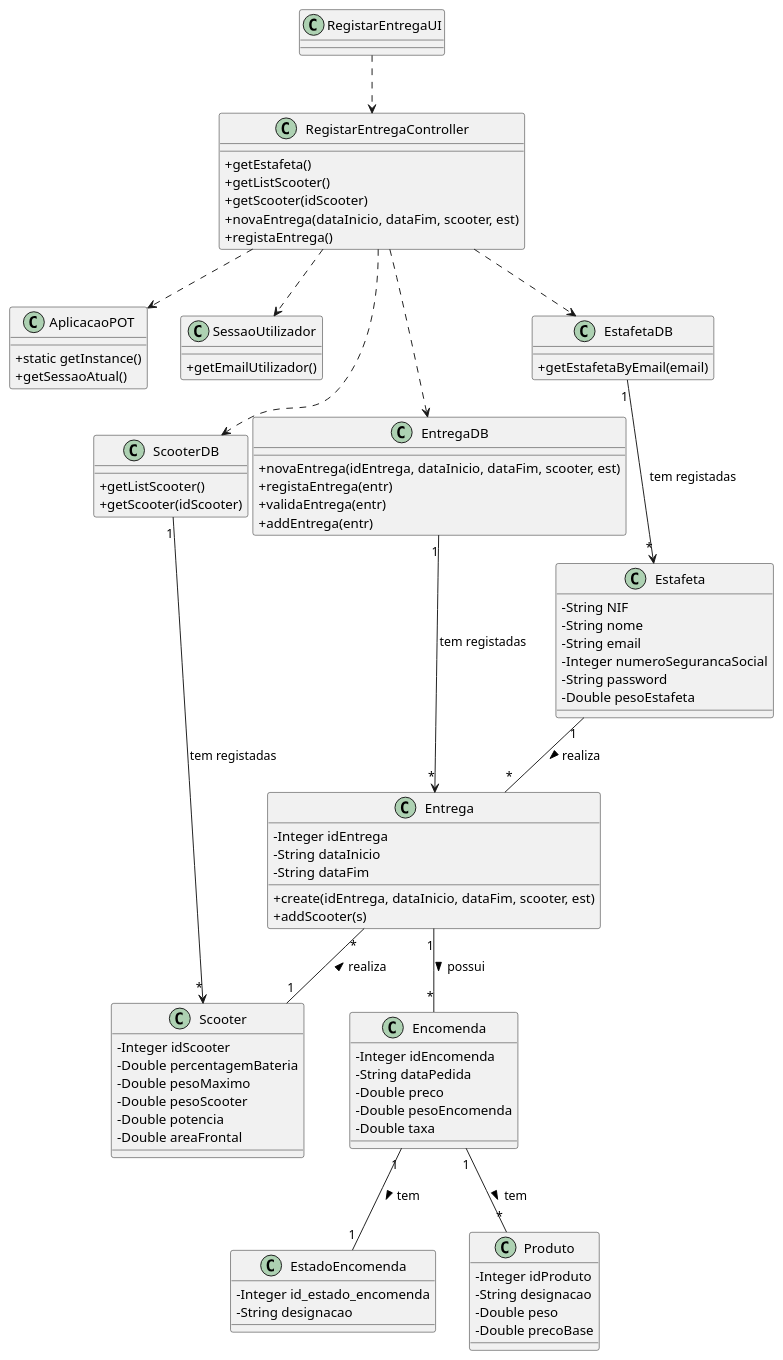
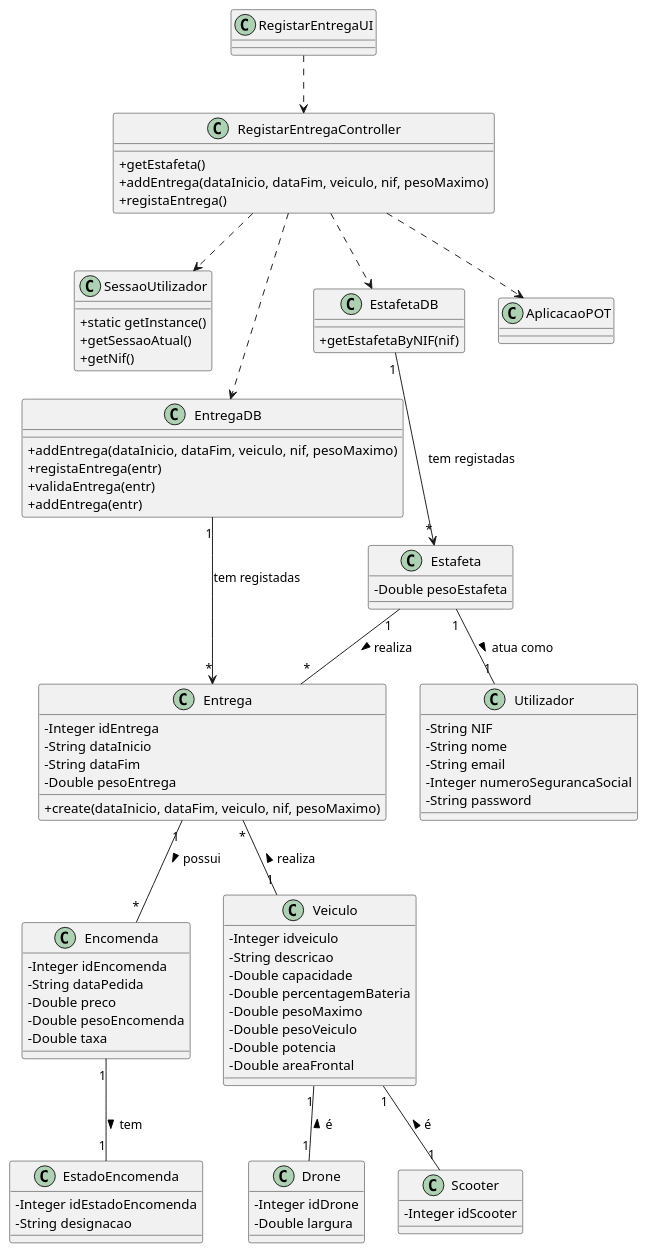
One commit to pedrolemos4/LAPR3 changed the diagram in docs/UC6/RegistoEntregaCD.puml. Above: the diagram before and after it, drawn with PlantUML. The commit also changed 15 other files, not shown here.

```diff
--- a/docs/UC6/RegistoEntregaCD.puml
+++ b/docs/UC6/RegistoEntregaCD.puml
@@ -1,104 +1,100 @@
 @startuml
 skinparam classAttributeIconSize 0
 
-class AplicacaoPOT{
+class SessaoUtilizador{
   +static getInstance()
   +getSessaoAtual()
+  +getNif()
 }
-
-class SessaoUtilizador{
-  +getEmailUtilizador()
-}
-
-class ScooterDB {
-  +getListScooter()
-  +getScooter(idScooter)
-}
-
 
 class Entrega {
   -Integer idEntrega
   -String dataInicio
   -String dataFim
-  +create(idEntrega, dataInicio, dataFim, scooter, est)
-  +addScooter(s)
+  -Double pesoEntrega
+  +create(dataInicio, dataFim, veiculo, nif, pesoMaximo)
 }
 
 class EntregaDB {
-  +novaEntrega(idEntrega, dataInicio, dataFim, scooter, est)
+  +addEntrega(dataInicio, dataFim, veiculo, nif, pesoMaximo)
   +registaEntrega(entr)
   +validaEntrega(entr)
   +addEntrega(entr)
 }
 
 class EstafetaDB {
-  +getEstafetaByEmail(email)
+  +getEstafetaByNIF(nif)
 }
 
 class RegistarEntregaController {
   +getEstafeta()
-  +getListScooter()
-  +getScooter(idScooter)
-  +novaEntrega(dataInicio, dataFim, scooter, est)
+  +addEntrega(dataInicio, dataFim, veiculo, nif, pesoMaximo)
   +registaEntrega()
 }
 
 class RegistarEntregaUI {
 }
 
 class Encomenda {
   -Integer idEncomenda
   -String dataPedida
   -Double preco
   -Double pesoEncomenda
   -Double taxa
 }
 
 class Estafeta {
+  -Double pesoEstafeta
+}
+
+class Veiculo {
+  -Integer idveiculo
+  -String descricao
+  -Double capacidade
+  -Double percentagemBateria
+  -Double pesoMaximo
+  -Double pesoVeiculo
+  -Double potencia
+  -Double areaFrontal
+}
+
+class Drone {
+  -Integer idDrone
+  -Double largura
+}
+
+class Scooter {
+  -Integer idScooter
+}
+
+class EstadoEncomenda {
+  -Integer idEstadoEncomenda
+  -String designacao
+}
+
+class Utilizador{
   -String NIF
   -String nome
   -String email
   -Integer numeroSegurancaSocial
   -String password
-  -Double pesoEstafeta
-}
-
-class Scooter {
-  -Integer idScooter
-  -Double percentagemBateria
-  -Double pesoMaximo
-  -Double pesoScooter
-  -Double potencia
-  -Double areaFrontal
-}
-
-class EstadoEncomenda {
-  -Integer id_estado_encomenda
-  -String designacao
-}
-
-class Produto {
-  -Integer idProduto
-  -String designacao
-  -Double peso
-  -Double precoBase
-}
+  }
 
 RegistarEntregaUI ..> RegistarEntregaController
 
 RegistarEntregaController ..> EstafetaDB
 RegistarEntregaController ..> EntregaDB
-RegistarEntregaController ..> ScooterDB
 RegistarEntregaController ..> AplicacaoPOT
 RegistarEntregaController ..> SessaoUtilizador
 
 EntregaDB "1" --> "*" Entrega : tem registadas
 EstafetaDB "1" --> "*" Estafeta : tem registadas
-ScooterDB "1" --> "*" Scooter : tem registadas
 Encomenda "1" -- "1" EstadoEncomenda : tem >
 Entrega "1" -- "*" Encomenda : possui >
 Estafeta "1" -- "*" Entrega: realiza >
-Entrega "*" -- "1" Scooter: realiza <
-Encomenda "1" -- "*" Produto: tem >
+Entrega "*" -- "1" Veiculo: realiza <
+Estafeta "1" -- "1" Utilizador: atua como >
+Veiculo "1" -- "1" Drone: é <
+Veiculo "1" -- "1" Scooter: é <
 
 @enduml
```
